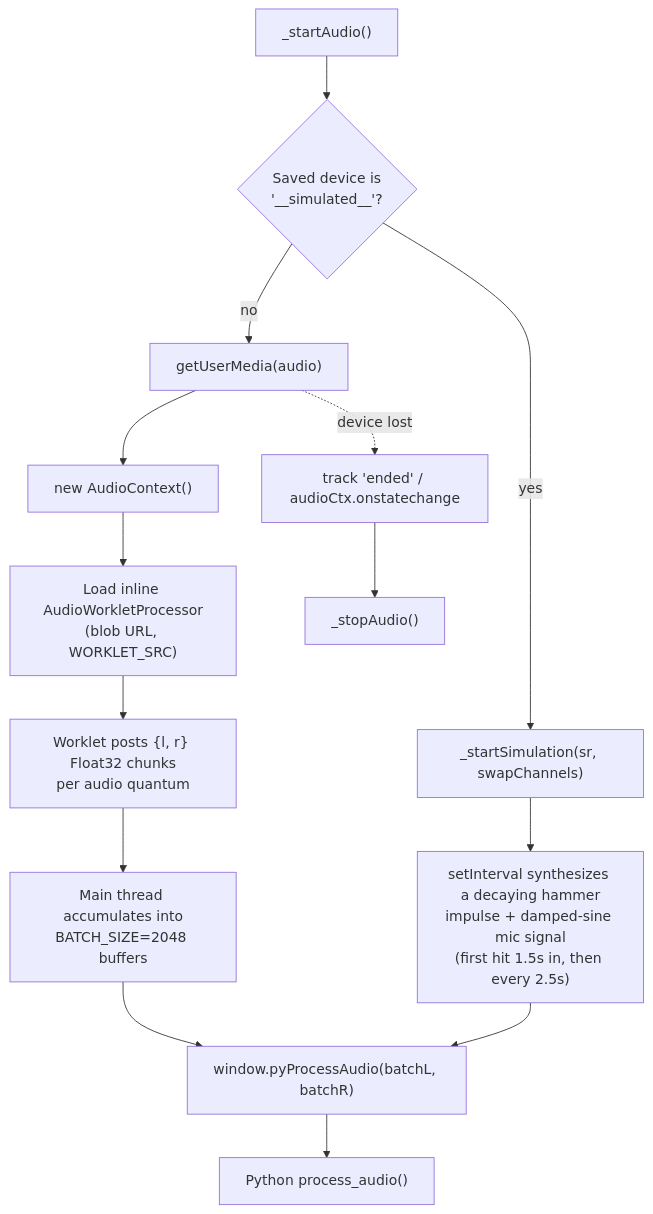
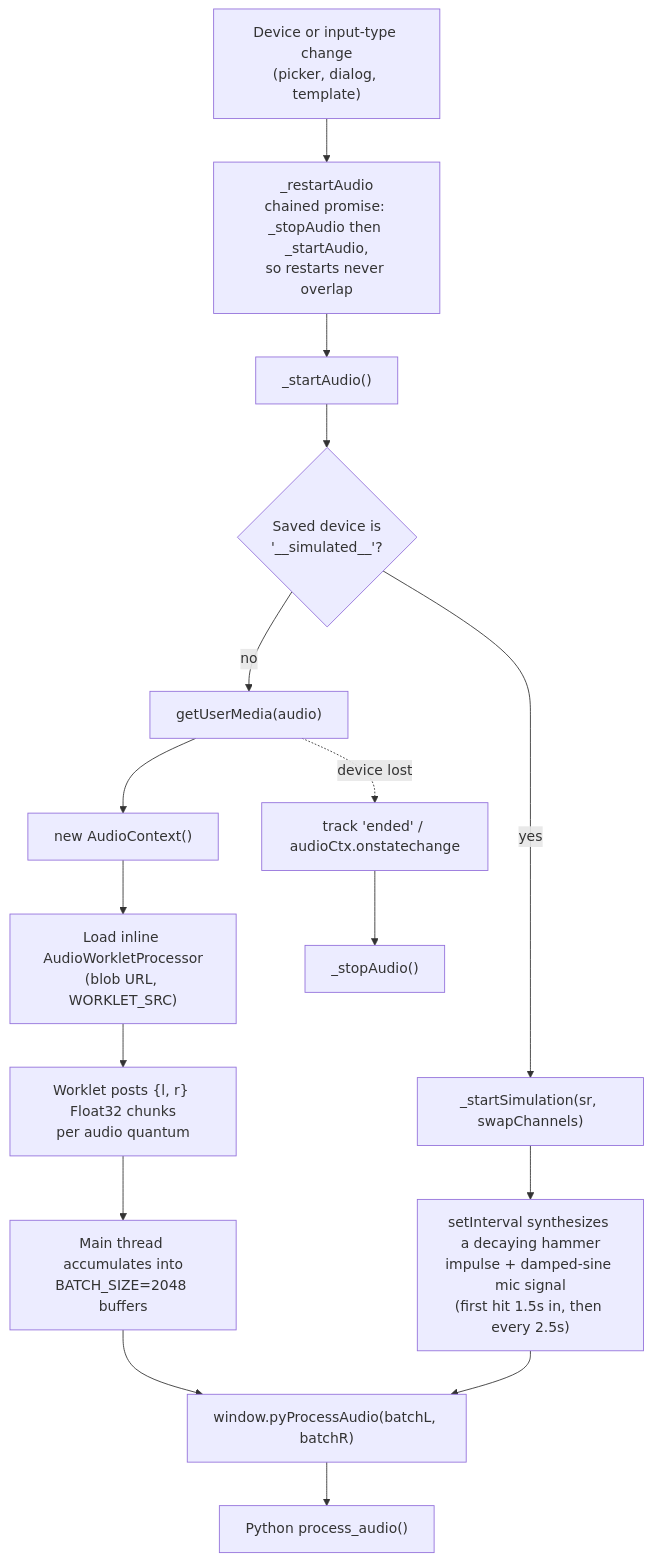
Before and after one commit to chrisbuerginrogers/ObieApp: the third of 6 diagrams in Web/tools/acquire/FLOWCHART.md, drawn with Mermaid. The commit also changed other lines of this file and 3 other files, not shown here.

Commit message:
Docs: update Acquire user guide, tips, changelog and flowchart for recent changes

````diff
--- a/Web/tools/acquire/FLOWCHART.md
+++ b/Web/tools/acquire/FLOWCHART.md
@@ -73,16 +80,18 @@
 ```mermaid
 flowchart TD
     A["_startAudio()"] --> B{"Saved device is\n'__simulated__'?"}
     B -- no --> C["getUserMedia(audio)"]
     C --> D["new AudioContext()"]
     D --> E["Load inline AudioWorkletProcessor\n(blob URL, WORKLET_SRC)"]
     E --> F["Worklet posts {l, r} Float32 chunks\nper audio quantum"]
     F --> G["Main thread accumulates into\nBATCH_SIZE=2048 buffers"]
     G --> H["window.pyProcessAudio(batchL, batchR)"]
     B -- yes --> I["_startSimulation(sr, swapChannels)"]
     I --> J["setInterval synthesizes a decaying hammer\nimpulse + damped-sine mic signal\n(first hit 1.5s in, then every 2.5s)"]
     J --> H
     H --> K["Python process_audio()"]
     C -.->|"device lost"| L["track 'ended' / audioCtx.onstatechange"]
     L --> M["_stopAudio()"]
+    N["Device or input-type change\n(picker, dialog, template)"] --> O["_restartAudio\nchained promise: _stopAudio then _startAudio,\nso restarts never overlap"]
+    O --> A
 ```
````
